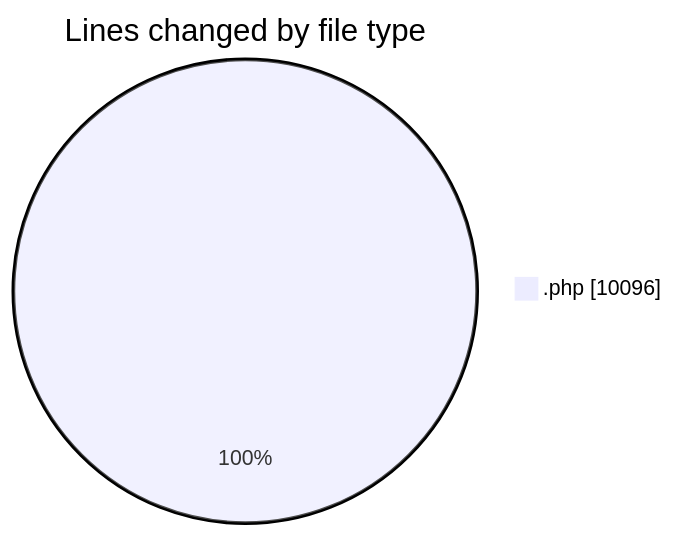
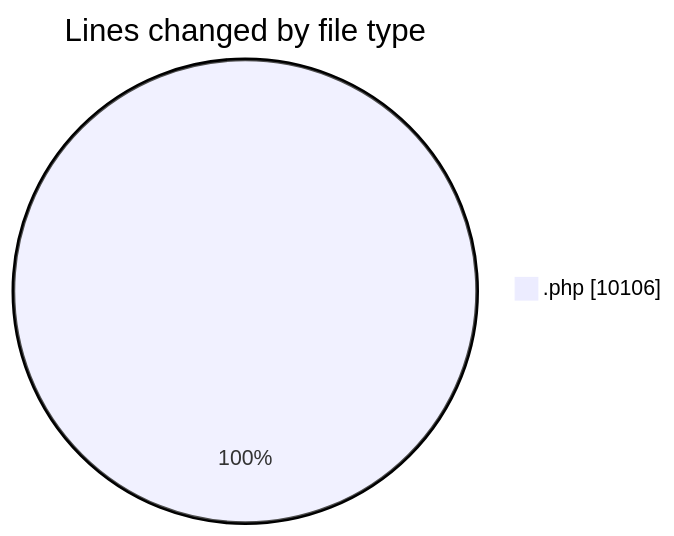
Before and after one commit to vahidmafi/code-tracking: the first of 2 diagrams in 2025-10-04/shop/README.md, drawn with Mermaid. The commit also changed other lines of this file and 1 other file, not shown here.

````diff
--- a/2025-10-04/shop/README.md
+++ b/2025-10-04/shop/README.md
@@ -37,5 +37,5 @@
 ```mermaid
 pie showData
 title Lines changed by file type
-".php" : 10096
+".php" : 10106
 ```
````
